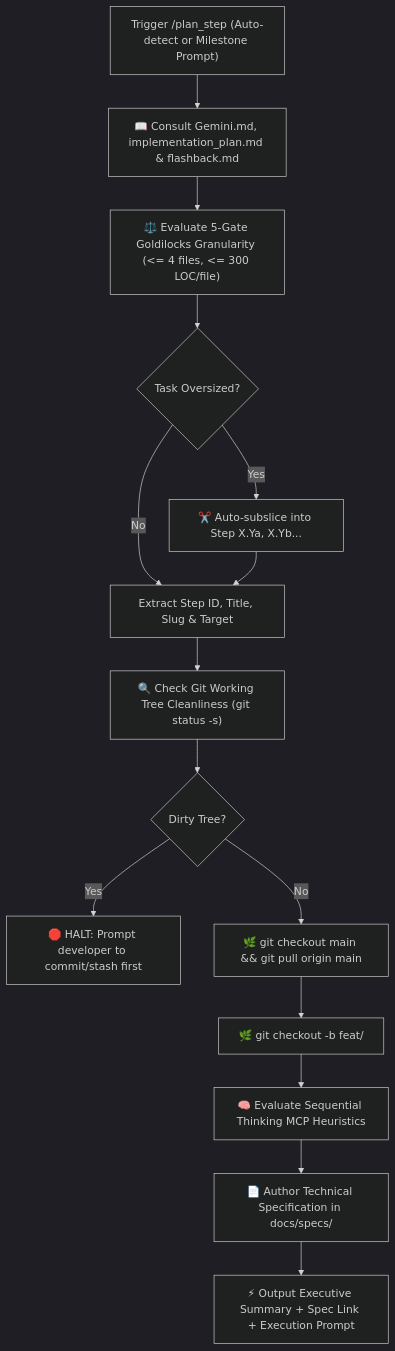
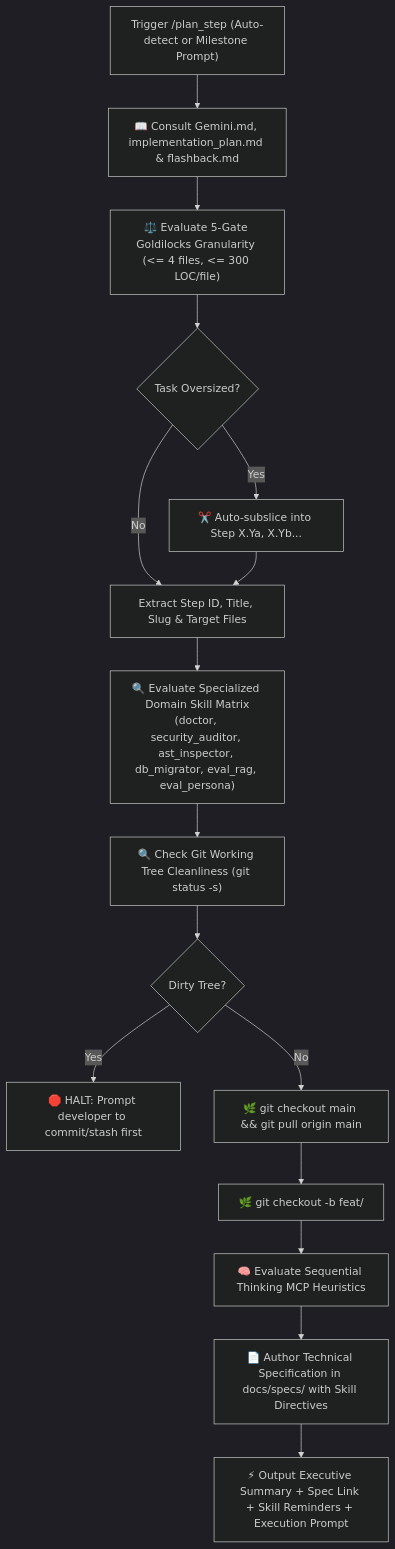
The diagram in .agents/skills/plan_step/SKILL.md (agrawalshivam279/RepoDefense), drawn with Mermaid (dark theme) before and after one commit. The commit also changed other lines of this file and 10 other files, not shown here.

````diff
--- a/.agents/skills/plan_step/SKILL.md
+++ b/.agents/skills/plan_step/SKILL.md
@@ -20,17 +21,18 @@
 ```mermaid
 flowchart TD
     A["Trigger /plan_step (Auto-detect or Milestone Prompt)"] --> B["📖 Consult Gemini.md, implementation_plan.md & flashback.md"]
     B --> C["⚖️ Evaluate 5-Gate Goldilocks Granularity (<= 4 files, <= 300 LOC/file)"]
     C --> D{"Task Oversized?"}
     D -- "Yes" --> E["✂️ Auto-subslice into Step X.Ya, X.Yb..."]
-    D -- "No" --> F["Extract Step ID, Title, Slug & Target"]
+    D -- "No" --> F["Extract Step ID, Title, Slug & Target Files"]
     E --> F
-    F --> G["🔍 Check Git Working Tree Cleanliness (git status -s)"]
-    G --> H{"Dirty Tree?"}
-    H -- "Yes" --> I["🛑 HALT: Prompt developer to commit/stash first"]
-    H -- "No" --> J["🌿 git checkout main && git pull origin main"]
-    J --> K["🌿 git checkout -b feat/<slug>"]
-    K --> L["🧠 Evaluate Sequential Thinking MCP Heuristics"]
-    L --> M["📄 Author Technical Specification in docs/specs/"]
-    M --> N["⚡ Output Executive Summary + Spec Link + Execution Prompt"]
+    F --> G["🔍 Evaluate Specialized Domain Skill Matrix<br/>(doctor, security_auditor, ast_inspector, db_migrator, eval_rag, eval_persona)"]
+    G --> H["🔍 Check Git Working Tree Cleanliness (git status -s)"]
+    H --> I{"Dirty Tree?"}
+    I -- "Yes" --> J["🛑 HALT: Prompt developer to commit/stash first"]
+    I -- "No" --> K["🌿 git checkout main && git pull origin main"]
+    K --> L["🌿 git checkout -b feat/<slug>"]
+    L --> M["🧠 Evaluate Sequential Thinking MCP Heuristics"]
+    M --> N["📄 Author Technical Specification in docs/specs/ with Skill Directives"]
+    N --> O["⚡ Output Executive Summary + Spec Link + Skill Reminders + Execution Prompt"]
 ```
````
